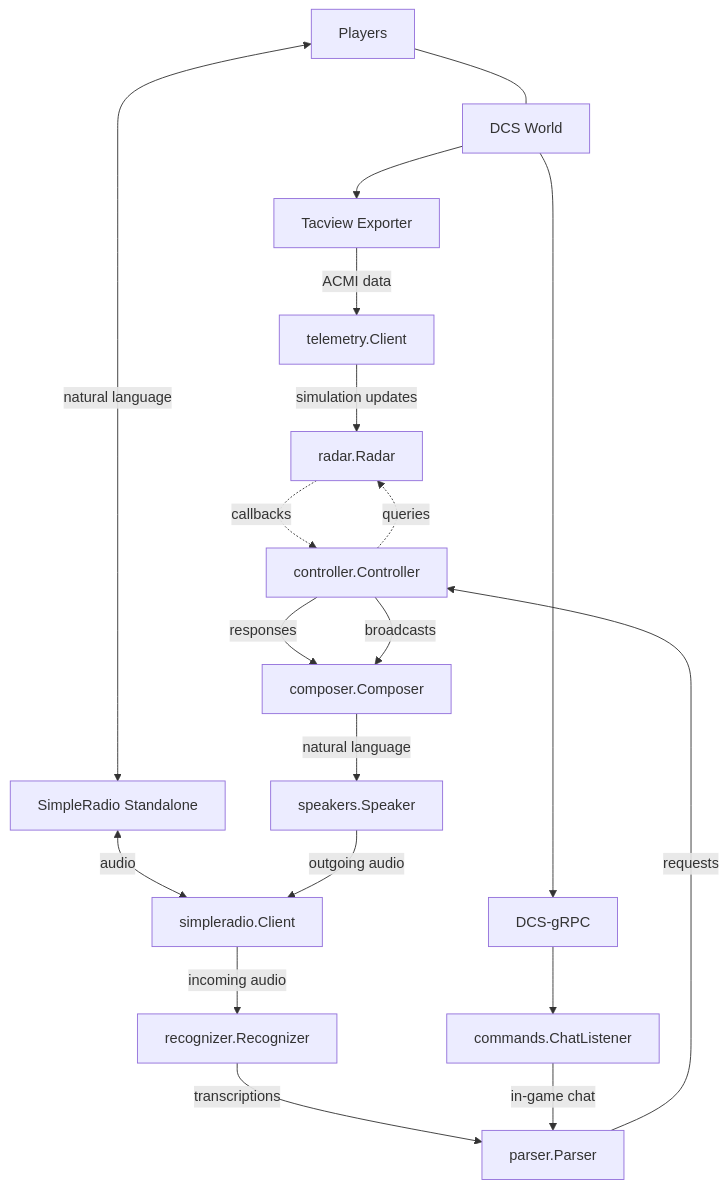
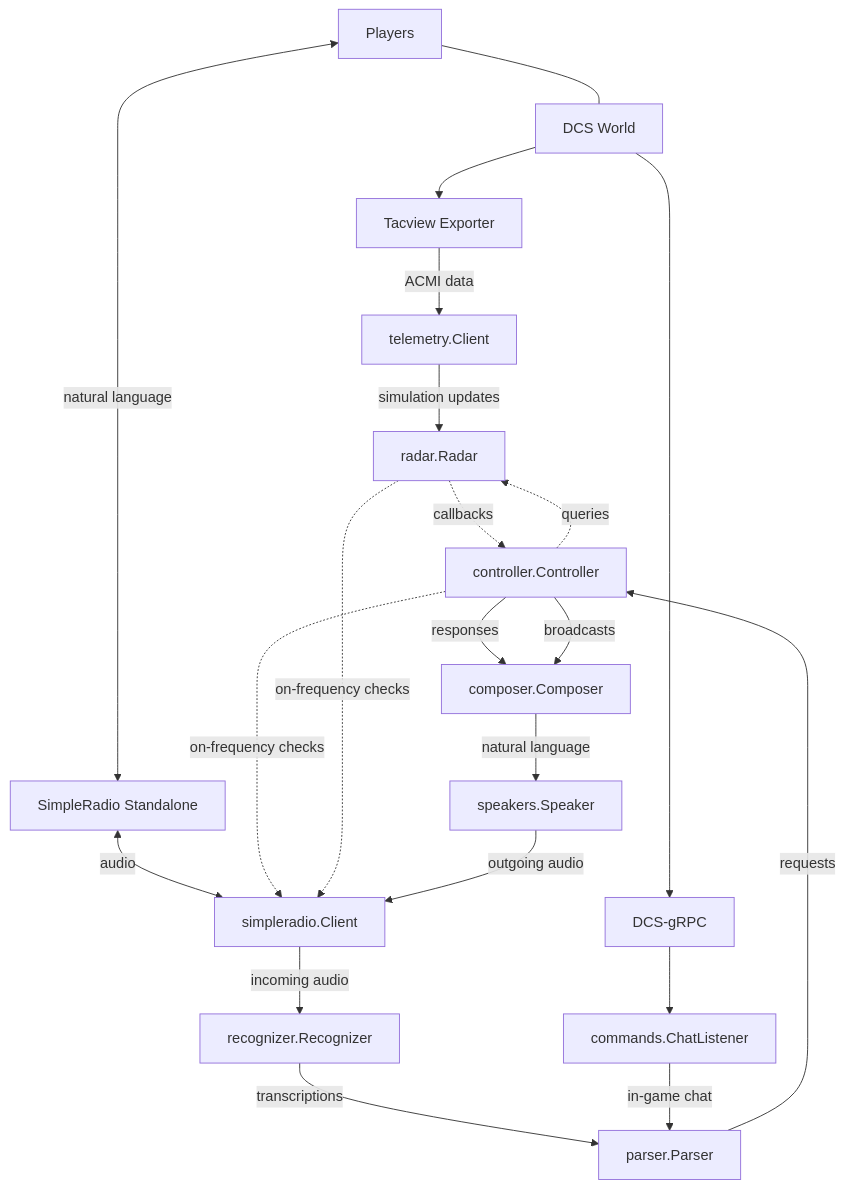
The diagram in docs/CONTRIBUTING.md (dharmab/skyeye), drawn with Mermaid before and after one commit. The commit also changed other lines of this file, not shown here.

Commit message:
Update architecture diagram to reflect current data flow

````diff
--- a/docs/CONTRIBUTING.md
+++ b/docs/CONTRIBUTING.md
@@ -213,13 +215,15 @@
 ```mermaid
 flowchart TD
     Players --- DCS[DCS World]
     Players <-->|natural language| SRS
     SRS[SimpleRadio Standalone] <-->|audio| simpleradio.Client -->|incoming audio| recognizer.Recognizer -->|transcriptions| parser.Parser-->|requests| controller.Controller
     DCS --> Tacview[Tacview Exporter] -->|ACMI data| telemetry.Client -->|simulation updates| radar.Radar
     DCS --> DCS-gRPC --> commands.ChatListener -->|in-game chat| parser.Parser
     controller.Controller .->|queries| radar.Radar
     radar.Radar .->|callbacks| controller.Controller
+    controller.Controller .->|on-frequency checks| simpleradio.Client
+    radar.Radar .->|on-frequency checks| simpleradio.Client
     controller.Controller -->|responses| composer.Composer
     controller.Controller -->|broadcasts| composer.Composer
     composer.Composer -->|natural language| speakers.Speaker -->|outgoing audio| simpleradio.Client
 ```
````
